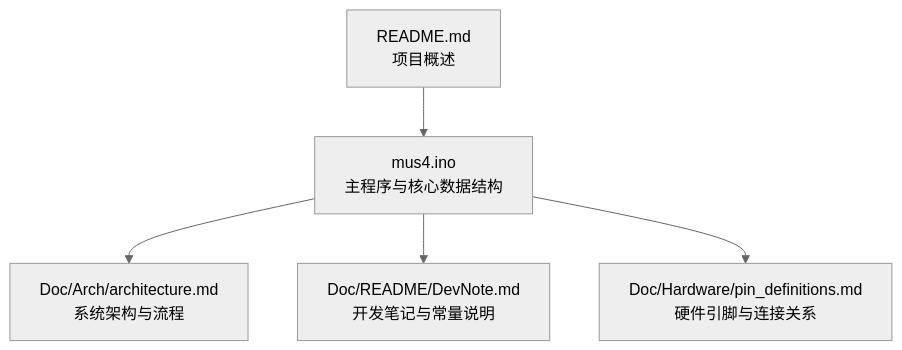
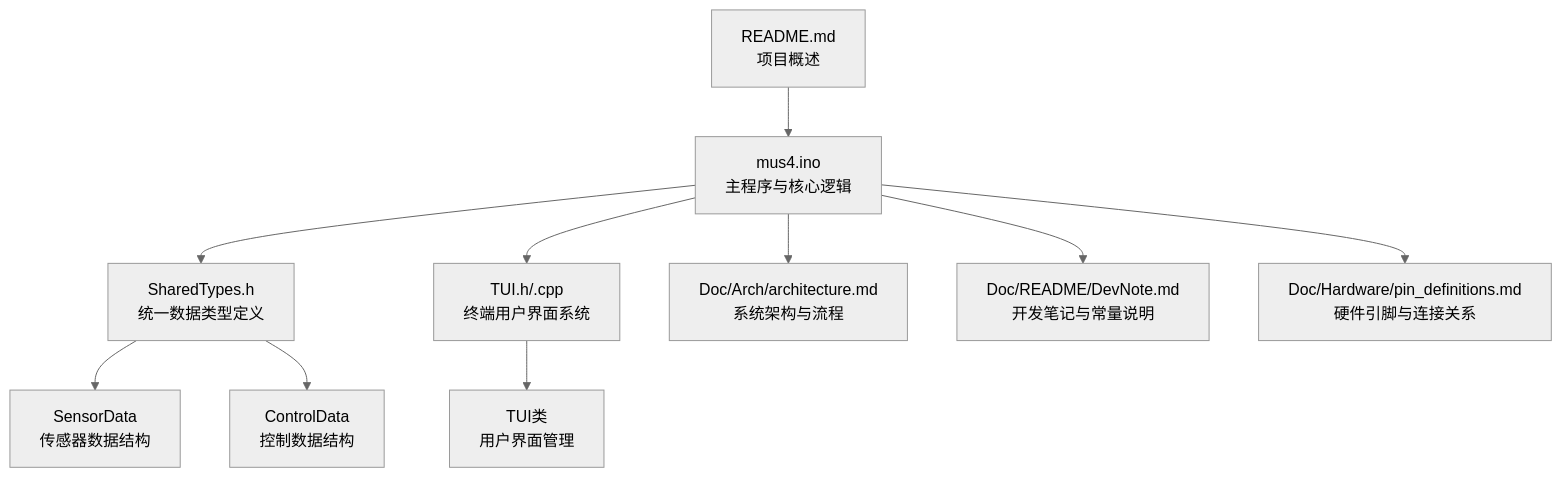
Before and after one commit to DonkeyDrift/Firmware: the first of 4 diagrams in .qoder/repowiki/zh/content/软件架构/核心数据结构.md, drawn with Mermaid (neutral theme). The commit also changed other lines of this file and 9 other files, not shown here.

````diff
--- a/.qoder/repowiki/zh/content/软件架构/核心数据结构.md
+++ b/.qoder/repowiki/zh/content/软件架构/核心数据结构.md
@@ -32,7 +46,12 @@
 ```mermaid
 graph TB
-A["mus4.ino<br/>主程序与核心数据结构"] --> B["Doc/Arch/architecture.md<br/>系统架构与流程"]
-A --> C["Doc/README/DevNote.md<br/>开发笔记与常量说明"]
-A --> D["Doc/Hardware/pin_definitions.md<br/>硬件引脚与连接关系"]
-E["README.md<br/>项目概述"] --> A
+A["mus4.ino<br/>主程序与核心逻辑"] --> B["SharedTypes.h<br/>统一数据类型定义"]
+A --> C["TUI.h/.cpp<br/>终端用户界面系统"]
+A --> D["Doc/Arch/architecture.md<br/>系统架构与流程"]
+A --> E["Doc/README/DevNote.md<br/>开发笔记与常量说明"]
+A --> F["Doc/Hardware/pin_definitions.md<br/>硬件引脚与连接关系"]
+G["README.md<br/>项目概述"] --> A
+B --> H["SensorData<br/>传感器数据结构"]
+B --> I["ControlData<br/>控制数据结构"]
+C --> J["TUI类<br/>用户界面管理"]
 ```
````
